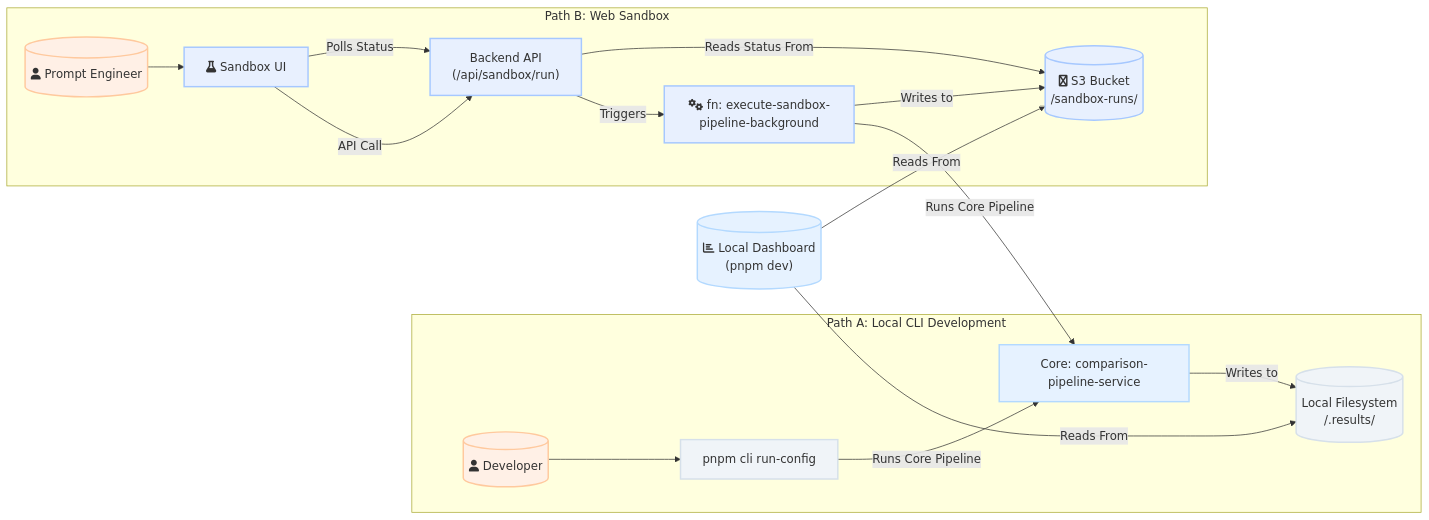
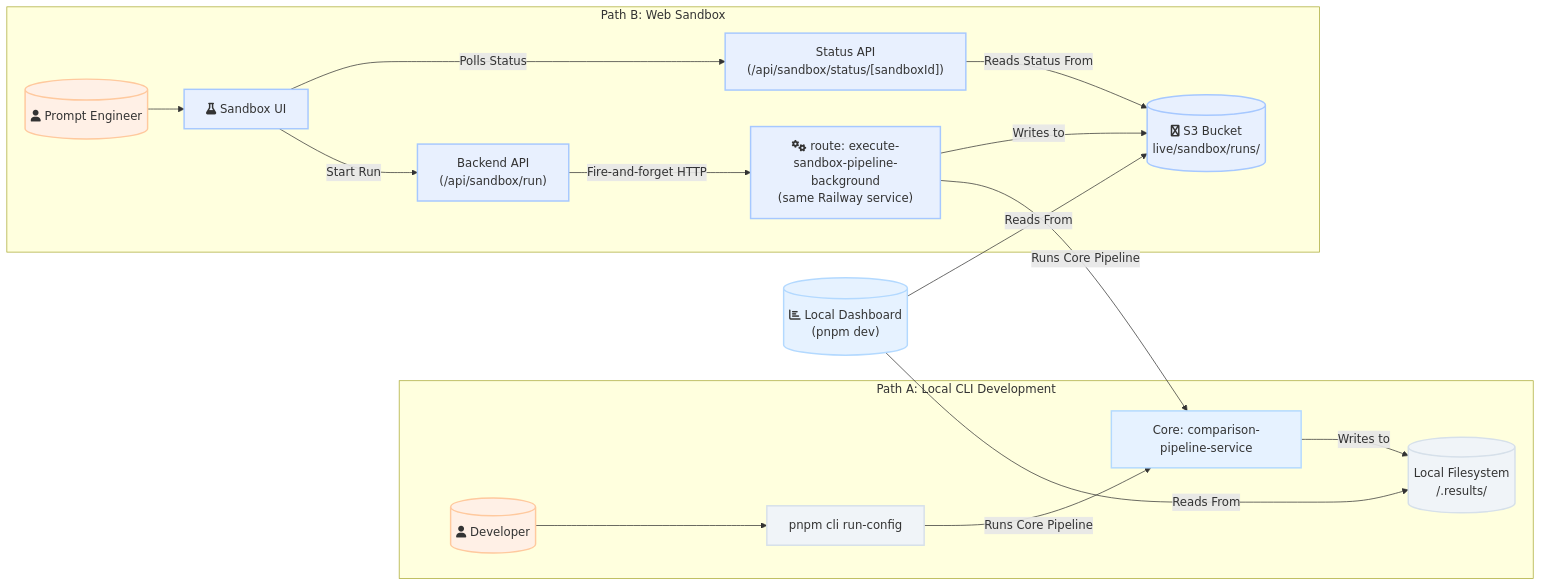
Before and after one commit to weval-org/app: the second of 4 diagrams in docs/ARCHITECTURE.md, drawn with Mermaid. The commit also changed other lines of this file, not shown here.

Commit message:
docs: Refine descriptions of automated and interactive workflows, and improve storage architecture section with new data organization insights.

````diff
--- a/docs/ARCHITECTURE.md
+++ b/docs/ARCHITECTURE.md
@@ -48,30 +51,30 @@
 ```mermaid
 graph LR
     subgraph "Path A: Local CLI Development"
         A[("fa:fa-user Developer")] --> B["pnpm cli run-config"]
         B -- Runs Core Pipeline --> E[Core: comparison-pipeline-service]
         E -- Writes to --> F[("Local Filesystem<br>/.results/")]
     end
 
     subgraph "Path B: Web Sandbox"
         C[("fa:fa-user Prompt Engineer")] --> D["fa:fa-flask Sandbox UI"]
-        D -- API Call --> G["Backend API<br>(/api/sandbox/run)"]
-        G -- Triggers --> H["fa:fa-cogs fn: execute-sandbox-pipeline-background"]
+        D -- Start Run --> G["Backend API<br>(/api/sandbox/run)"]
+        G -- Fire-and-forget HTTP --> H["fa:fa-cogs route: execute-sandbox-pipeline-background<br>(same Railway service)"]
         H -- Runs Core Pipeline --> E
-        H -- Writes to --> I[("fa:fa-aws S3 Bucket<br>/sandbox-runs/")]
-        D -- Polls Status --> G
-        G -- Reads Status From --> I
+        H -- Writes to --> I[("fa:fa-aws S3 Bucket<br>live/sandbox/runs/")]
+        D -- Polls Status --> G2["Status API<br>(/api/sandbox/status/[sandboxId])"]
+        G2 -- Reads Status From --> I
     end
     
     J[("fa:fa-chart-bar Local Dashboard<br>(pnpm dev)")] -- Reads From --> F & I
 
     classDef user fill:#fff0e6,stroke:#ffc99e,stroke-width:2px;
     classDef local fill:#f0f4f8,stroke:#d6e0ea,stroke-width:2px;
     classDef web fill:#e8f0fe,stroke:#a6c8ff,stroke-width:2px;
     classDef core fill:#e6f2ff,stroke:#b3d9ff,stroke-width:2px;
     
     class A,C user;
     class B,F local;
-    class D,G,H,I web;
+    class D,G,G2,H,I web;
     class E,J core;
 ```
````
